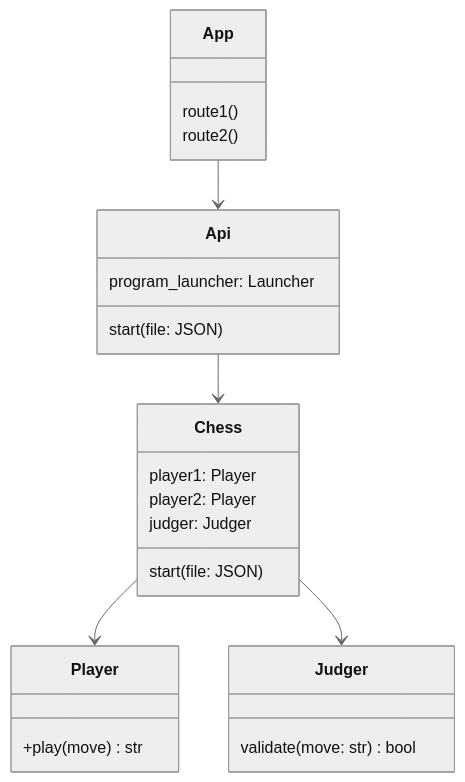
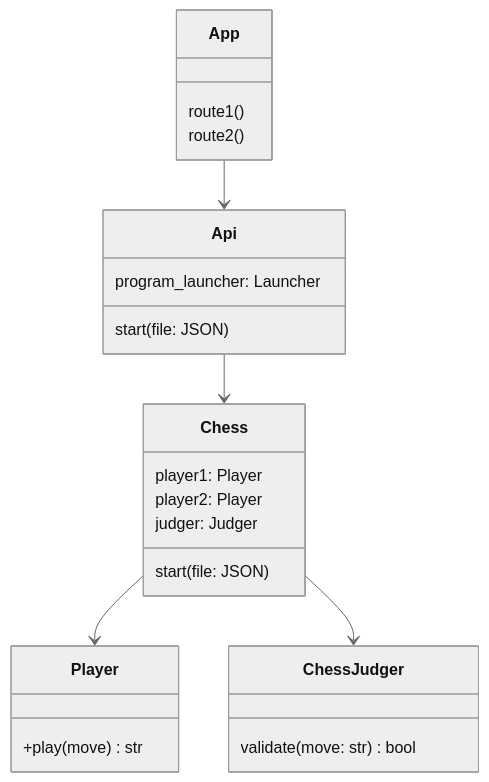
Before and after one commit to game-ai-platform-team/tira-ai-platform: the second of 2 diagrams in docs/architecture.md, drawn with Mermaid (neutral theme).

Commit message:
docs(17): Rename Judger to ChessJudger

````diff
--- a/docs/architecture.md
+++ b/docs/architecture.md
@@ -40,33 +40,33 @@
 ```mermaid
 classDiagram
 
 App --> Api
 Api --> Chess
 Chess --> Player
-Chess --> Judger
+Chess --> ChessJudger
 
 class Chess {
     start(file: JSON)
     player1: Player
     player2: Player
     judger: Judger
 }
 
-class Judger {
+class ChessJudger {
     validate(move: str) bool
 }
 
 class Player {
     +play(move) str
 }
 
 class Api {
     start(file: JSON)
     program_launcher: Launcher
 }
 
 class App {
     route1()
     route2()
 }
 ```
````
